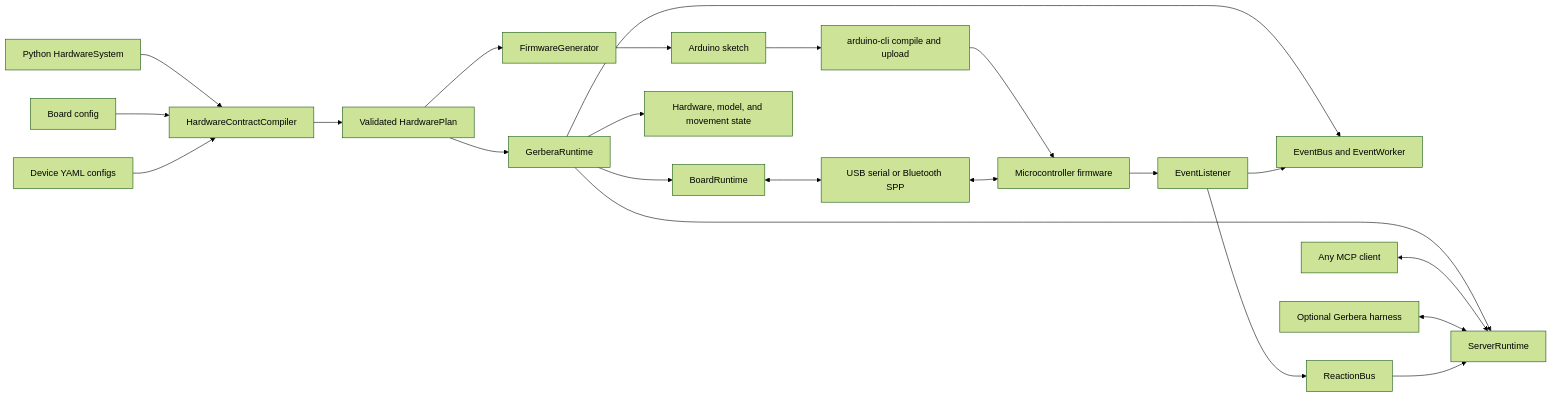
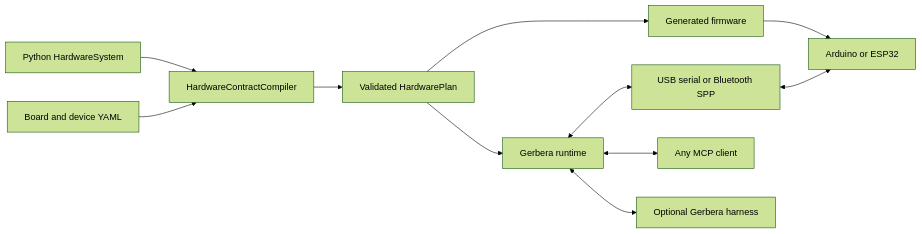
One commit to BaronLiu1993/gerbera changed the diagram in README.md. Above: the diagram before and after it, drawn with Mermaid (forest theme). The commit also changed other lines of this file, not shown here.

````diff
--- a/README.md
+++ b/README.md
@@ -26,27 +55,15 @@
 ```mermaid
 flowchart LR
     Declaration[Python HardwareSystem] --> Compiler[HardwareContractCompiler]
-    BoardConfig[Board config] --> Compiler
-    DeviceConfig[Device YAML configs] --> Compiler
+    Config[Board and device YAML] --> Compiler
     Compiler --> Plan[Validated HardwarePlan]
 
-    Plan --> Generator[FirmwareGenerator]
-    Generator --> Sketch[Arduino sketch]
-    Sketch --> Flash[arduino-cli compile and upload]
-    Flash --> Board[Microcontroller firmware]
+    Plan --> Firmware[Generated firmware]
+    Firmware --> Board[Arduino or ESP32]
 
-    Plan --> Runtime[GerberaRuntime]
-    Runtime --> BoardRuntime[BoardRuntime]
-    Runtime --> ServerRuntime[ServerRuntime]
-    Runtime --> EventRuntime[EventBus and EventWorker]
-    Runtime --> StateRuntime[Hardware, model, and movement state]
-
-    Client[Any MCP client] <--> ServerRuntime
-    Harness[Optional Gerbera harness] <--> ServerRuntime
-    BoardRuntime <--> Transport[USB serial or Bluetooth SPP]
+    Plan --> Runtime[Gerbera runtime]
+    Runtime <--> Transport[USB serial or Bluetooth SPP]
     Transport <--> Board
-    Board --> Listener[EventListener]
-    Listener --> EventRuntime
-    Listener --> Reactions[ReactionBus]
-    Reactions --> ServerRuntime
+    Runtime <--> Client[Any MCP client]
+    Runtime <--> Harness[Optional Gerbera harness]
 ```
````
